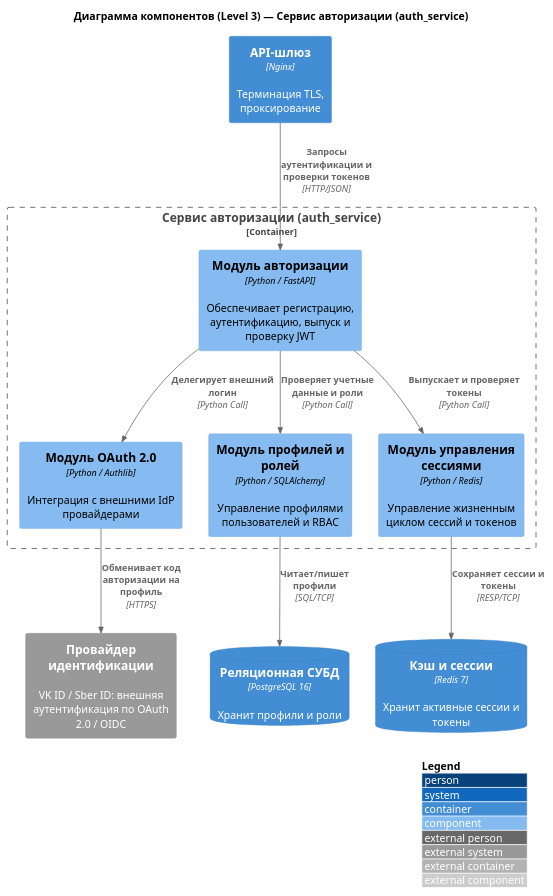
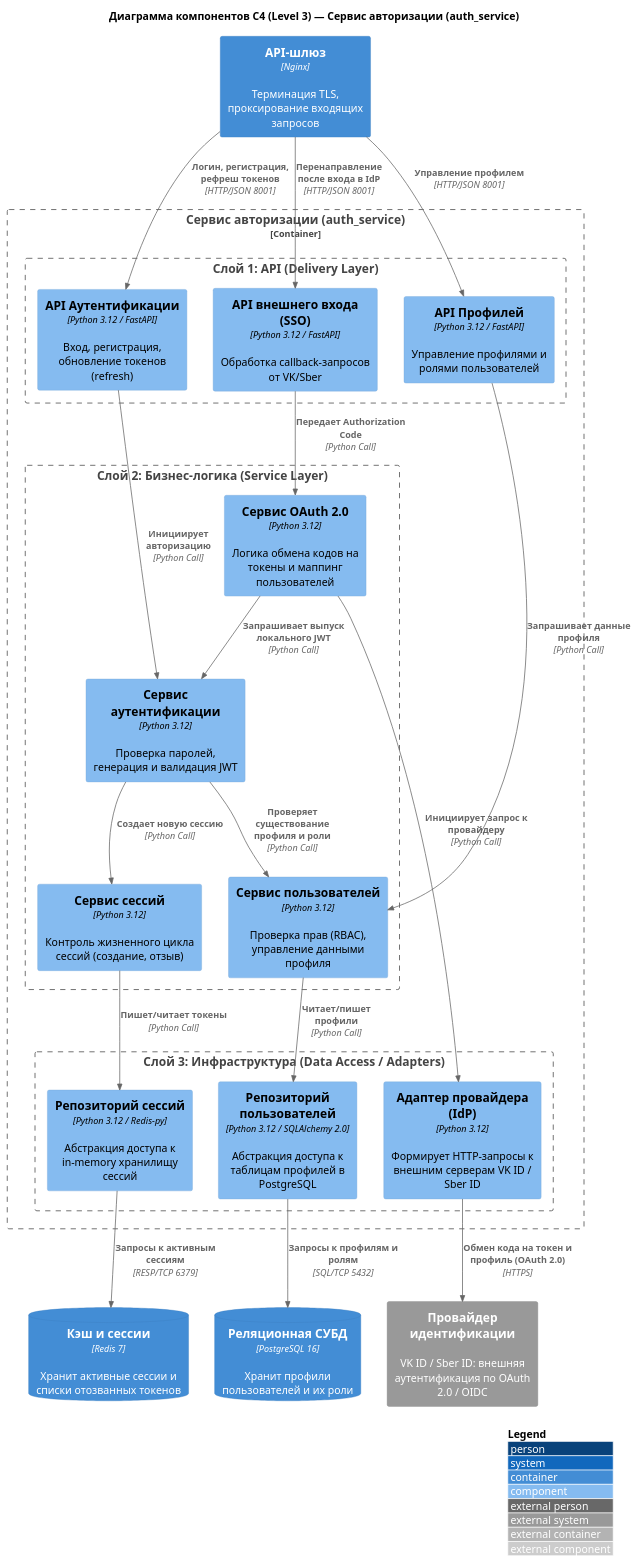
The diagram in src/local/kutenkov/L3/L3_backend_auth.puml (lamtfey11/ISIT-project-gym-aggregator), drawn with PlantUML before and after one commit. The commit also changed 1 other file, not shown here.

```diff
--- a/src/local/kutenkov/L3/L3_backend_auth.puml
+++ b/src/local/kutenkov/L3/L3_backend_auth.puml
@@ -1,57 +1,67 @@
 @startuml L3_backend_auth
 ' Подключаем стандартный макрос для диаграммы компонентов
 !include https://raw.githubusercontent.com/plantuml-stdlib/C4-PlantUML/master/C4_Component.puml
 
 LAYOUT_WITH_LEGEND()
 
-title Диаграмма компонентов (Level 3) — Сервис авторизации (auth_service)
+title Диаграмма компонентов C4 (Level 3) — Сервис авторизации (auth_service)
 
-' === ВНЕШНИЕ СИСТЕМЫ ===
-
+' === ВНЕШНИЕ СИСТЕМЫ И КОНТЕЙНЕРЫ (Смежные узлы) ===
 System_Ext(idp, "Провайдер идентификации", "VK ID / Sber ID: внешняя аутентификация по OAuth 2.0 / OIDC")
 
-' === КОНТЕЙНЕРЫ ===
+Container(api_gateway, "API-шлюз", "Nginx", "Терминация TLS, проксирование входящих запросов")
+ContainerDb(database, "Реляционная СУБД", "PostgreSQL 16", "Хранит профили пользователей и их роли")
+ContainerDb(cache, "Кэш и сессии", "Redis 7", "Хранит активные сессии и списки отозванных токенов")
 
-Container(api_gateway, "API-шлюз", "Nginx", "Терминация TLS, проксирование")
+' === ГРАНИЦА НАШЕГО КОНТЕЙНЕРА ===
+Container_Boundary(auth_service, "Сервис авторизации (auth_service)") {
+    
+    ' --- СЛОЙ 1: Уровень API LAYER (Контроллеры) ---
+    Boundary(layer_api, "Слой 1: API (Delivery Layer)") {
+        Component(auth_api, "API Аутентификации", "Python 3.12 / FastAPI", "Вход, регистрация, обновление токенов (refresh)")
+        Component(oauth_api, "API внешнего входа (SSO)", "Python 3.12 / FastAPI", "Обработка callback-запросов от VK/Sber")
+        Component(user_api, "API Профилей", "Python 3.12 / FastAPI", "Управление профилями и ролями пользователей")
+    }
 
-ContainerDb(database, "Реляционная СУБД", "PostgreSQL 16", "Хранит профили и роли")
+    ' --- СЛОЙ 2: Уровень бизнес-логики (Сервисы) ---
+    Boundary(layer_service, "Слой 2: Бизнес-логика (Service Layer)") {
+        Component(auth_service_logic, "Сервис аутентификации", "Python 3.12", "Проверка паролей, генерация и валидация JWT")
+        Component(oauth_service, "Сервис OAuth 2.0", "Python 3.12", "Логика обмена кодов на токены и маппинг пользователей")
+        Component(user_service, "Сервис пользователей", "Python 3.12", "Проверка прав (RBAC), управление данными профиля")
+        Component(session_service, "Сервис сессий", "Python 3.12", "Контроль жизненного цикла сессий (создание, отзыв)")
+    }
 
-ContainerDb(cache, "Кэш и сессии", "Redis 7", "Хранит активные сессии и токены")
-
-' === ГРАНИЦА КОНТЕЙНЕРА ===
-
-Container_Boundary(auth_service, "Сервис авторизации (auth_service)") {
-
-    Component(auth_comp, "Модуль авторизации", "Python / FastAPI", "Обеспечивает регистрацию, аутентификацию, выпуск и проверку JWT")
-
-    Component(oauth_comp, "Модуль OAuth 2.0", "Python / Authlib", "Интеграция с внешними IdP провайдерами")
-
-    Component(user_comp, "Модуль профилей и ролей", "Python / SQLAlchemy", "Управление профилями пользователей и RBAC")
-
-    Component(session_comp, "Модуль управления сессиями", "Python / Redis", "Управление жизненным циклом сессий и токенов")
-
+    ' --- СЛОЙ 3: Уровень доступа к БД (Адаптеры и репозитории) ---
+    Boundary(layer_infra, "Слой 3: Инфраструктура (Data Access / Adapters)") {
+        Component(db_repository, "Репозиторий пользователей", "Python 3.12 / SQLAlchemy 2.0", "Абстракция доступа к таблицам профилей в PostgreSQL")
+        Component(cache_repository, "Репозиторий сессий", "Python 3.12 / Redis-py", "Абстракция доступа к in-memory хранилищу сессий")
+        Component(idp_adapter, "Адаптер провайдера (IdP)", "Python 3.12", "Формирует HTTP-запросы к внешним серверам VK ID / Sber ID")
+    }
 }
 
-' === СВЯЗИ ===
+' === СВЯЗИ: Входящие запросы (API) ===
+Rel(api_gateway, auth_api, "Логин, регистрация, рефреш токенов", "HTTP/JSON 8001")
+Rel(api_gateway, oauth_api, "Перенаправление после входа в IdP", "HTTP/JSON 8001")
+Rel(api_gateway, user_api, "Управление профилем", "HTTP/JSON 8001")
 
-' Извне в контейнер
+' === СВЯЗИ: API -> Бизнес-логика ===
+Rel(auth_api, auth_service_logic, "Инициирует авторизацию", "Python Call")
+Rel(oauth_api, oauth_service, "Передает Authorization Code", "Python Call")
+Rel(user_api, user_service, "Запрашивает данные профиля", "Python Call")
 
-Rel(api_gateway, auth_comp, "Запросы аутентификации и проверки токенов", "HTTP/JSON")
+' === СВЯЗИ: Внутри бизнес-логики  ===
+Rel(oauth_service, auth_service_logic, "Запрашивает выпуск локального JWT", "Python Call")
+Rel(auth_service_logic, user_service, "Проверяет существование профиля и роли", "Python Call")
+Rel(auth_service_logic, session_service, "Создает новую сессию", "Python Call")
 
-' Внутрипроцессные вызовы
+' === СВЯЗИ: Бизнес-логика -> доступ к БД ===
+Rel(user_service, db_repository, "Читает/пишет профили", "Python Call")
+Rel(session_service, cache_repository, "Пишет/читает токены", "Python Call")
+Rel(oauth_service, idp_adapter, "Инициирует запрос к провайдеру", "Python Call")
 
-Rel(auth_comp, oauth_comp, "Делегирует внешний логин", "Python Call")
-
-Rel(auth_comp, user_comp, "Проверяет учетные данные и роли", "Python Call")
-
-Rel(auth_comp, session_comp, "Выпускает и проверяет токены", "Python Call")
-
-' Из контейнера наружу
-
-Rel(oauth_comp, idp, "Обменивает код авторизации на профиль", "HTTPS")
-
-Rel(user_comp, database, "Читает/пишет профили", "SQL/TCP")
-
-Rel(session_comp, cache, "Сохраняет сессии и токены", "RESP/TCP")
+' === СВЯЗИ: Выходящие вызовы ===
+Rel(db_repository, database, "Запросы к профилям и ролям", "SQL/TCP 5432")
+Rel(cache_repository, cache, "Запросы к активным сессиям", "RESP/TCP 6379")
+Rel(idp_adapter, idp, "Обмен кода на токен и профиль (OAuth 2.0)", "HTTPS")
 
 @enduml
```
